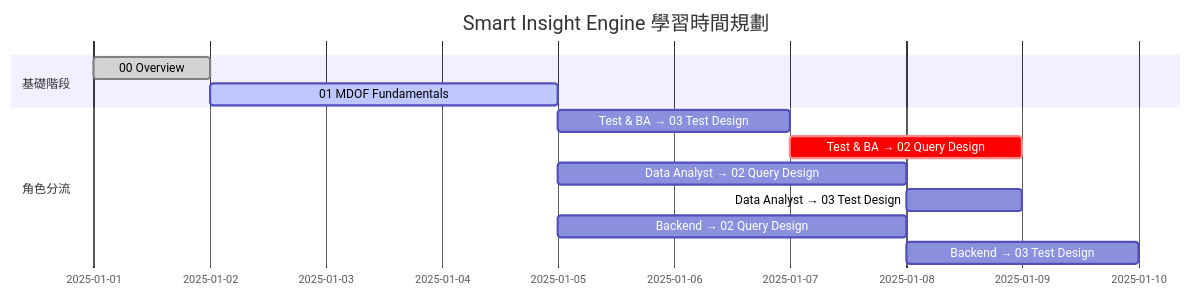
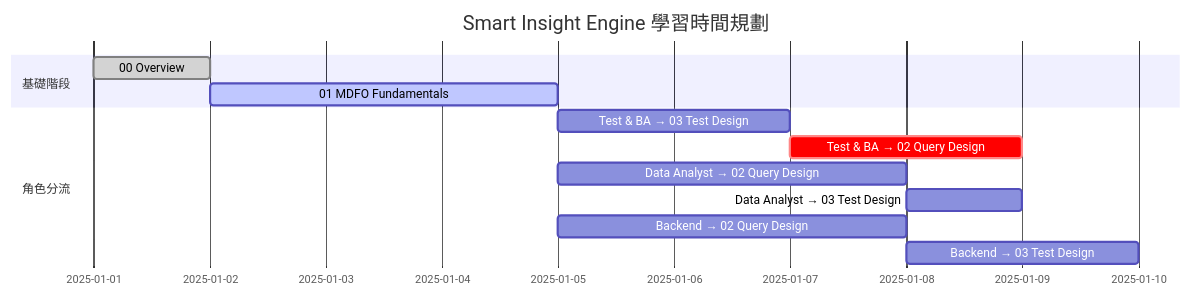
Before and after one commit to mapleelpam/LuminNexus-LearningMap: the fifth of 5 diagrams in projects/prismavision/smart-insight-engine/00_overview.md, drawn with Mermaid. The commit also changed other lines of this file and 18 other files, not shown here.

First line of the commit message:
chore: MDOF → MDFO 全 repo 正名

````diff
--- a/projects/prismavision/smart-insight-engine/00_overview.md
+++ b/projects/prismavision/smart-insight-engine/00_overview.md
@@ -463,19 +463,19 @@
 ```mermaid
 gantt
     title Smart Insight Engine 學習時間規劃
     dateFormat  YYYY-MM-DD
 
     section 基礎階段
     00 Overview           :done, overview, 2025-01-01, 1d
-    01 MDOF Fundamentals  :active, mdof, after overview, 3d
+    01 MDFO Fundamentals  :active, mdfo, after overview, 3d
 
     section 角色分流
-    Test & BA → 03 Test Design     :test, after mdof, 2d
+    Test & BA → 03 Test Design     :test, after mdfo, 2d
     Test & BA → 02 Query Design    :crit, after test, 2d
 
-    Data Analyst → 02 Query Design :query, after mdof, 3d
+    Data Analyst → 02 Query Design :query, after mdfo, 3d
     Data Analyst → 03 Test Design  :after query, 1d
 
-    Backend → 02 Query Design      :backend1, after mdof, 3d
+    Backend → 02 Query Design      :backend1, after mdfo, 3d
     Backend → 03 Test Design       :backend2, after backend1, 2d
 ```
````
